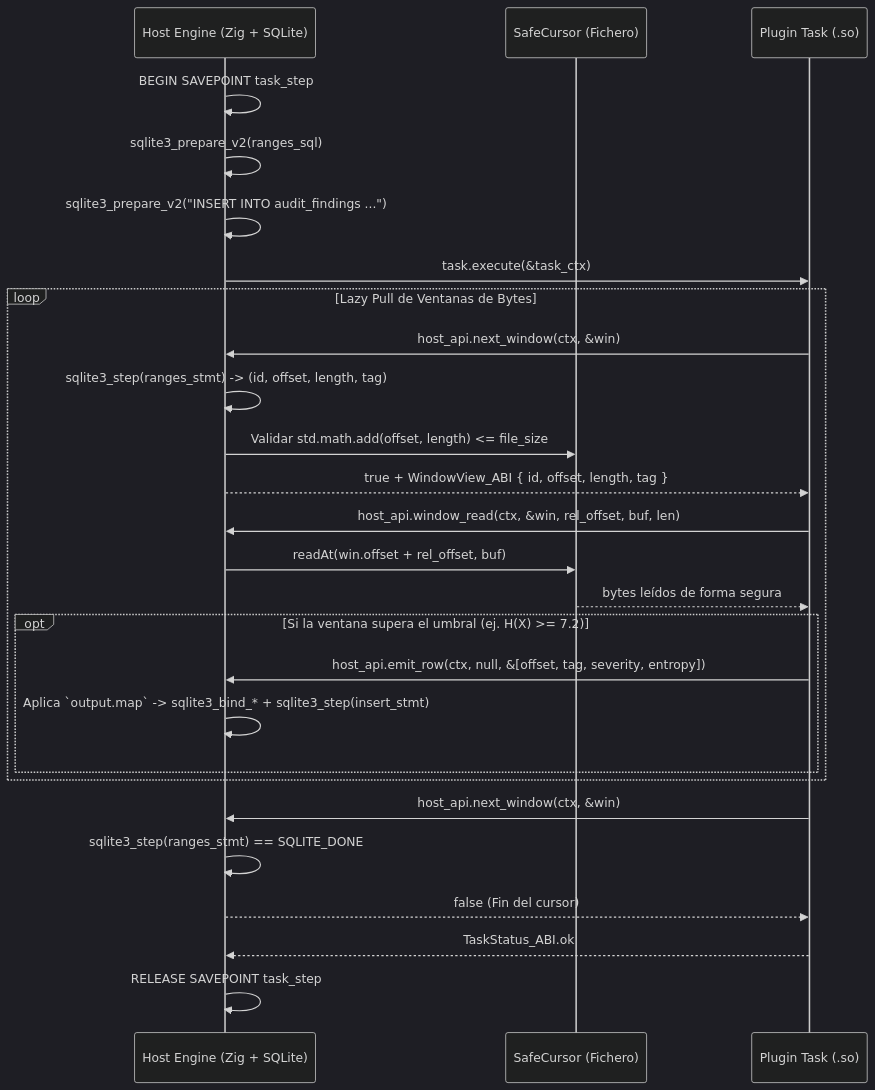
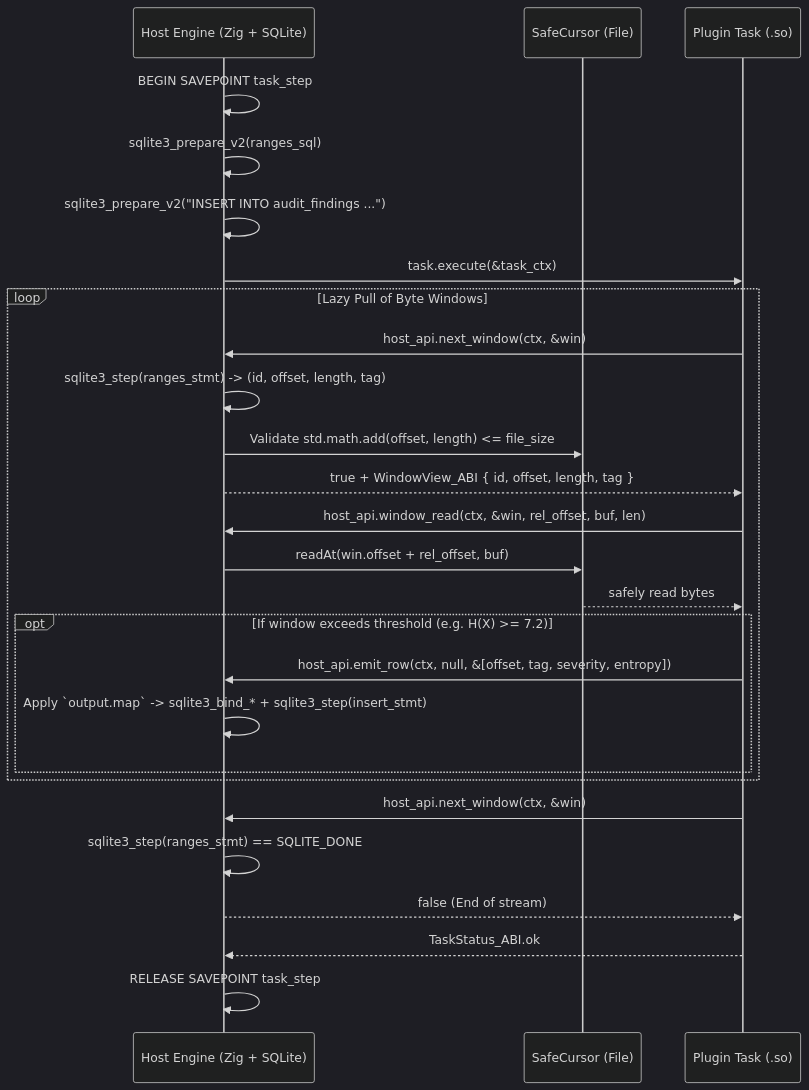
The second of 3 diagrams in v2/framework.md (g-gar/vidsec), drawn with Mermaid (dark theme) before and after one commit. The commit also changed other lines of this file and 12 other files, not shown here.

````diff
--- a/v2/framework.md
+++ b/v2/framework.md
@@ -200,32 +200,32 @@
 ```mermaid
 sequenceDiagram
     participant Engine as Host Engine (Zig + SQLite)
-    participant Cursor as SafeCursor (Fichero)
+    participant Cursor as SafeCursor (File)
     participant Plugin as Plugin Task (.so)
 
     Engine->>Engine: BEGIN SAVEPOINT task_step;
     Engine->>Engine: sqlite3_prepare_v2(ranges_sql)
     Engine->>Engine: sqlite3_prepare_v2("INSERT INTO audit_findings ...")
     Engine->>Plugin: task.execute(&task_ctx)
 
-    loop Lazy Pull de Ventanas de Bytes
+    loop Lazy Pull of Byte Windows
         Plugin->>Engine: host_api.next_window(ctx, &win)
         Engine->>Engine: sqlite3_step(ranges_stmt) -> (id, offset, length, tag)
-        Engine->>Cursor: Validar std.math.add(offset, length) <= file_size
+        Engine->>Cursor: Validate std.math.add(offset, length) <= file_size
         Engine-->>Plugin: true + WindowView_ABI { id, offset, length, tag }
         Plugin->>Engine: host_api.window_read(ctx, &win, rel_offset, buf, len)
         Engine->>Cursor: readAt(win.offset + rel_offset, buf)
-        Cursor-->>Plugin: bytes leídos de forma segura
+        Cursor-->>Plugin: safely read bytes
         
-        opt Si la ventana supera el umbral (ej. H(X) >= 7.2)
+        opt If window exceeds threshold (e.g. H(X) >= 7.2)
             Plugin->>Engine: host_api.emit_row(ctx, null, &[offset, tag, severity, entropy])
-            Engine->>Engine: Aplica `output.map` -> sqlite3_bind_* + sqlite3_step(insert_stmt)
+            Engine->>Engine: Apply `output.map` -> sqlite3_bind_* + sqlite3_step(insert_stmt)
         end
     end
 
     Plugin->>Engine: host_api.next_window(ctx, &win)
     Engine->>Engine: sqlite3_step(ranges_stmt) == SQLITE_DONE
-    Engine-->>Plugin: false (Fin del cursor)
+    Engine-->>Plugin: false (End of stream)
     Plugin-->>Engine: TaskStatus_ABI.ok
     Engine->>Engine: RELEASE SAVEPOINT task_step;
 ```
````
